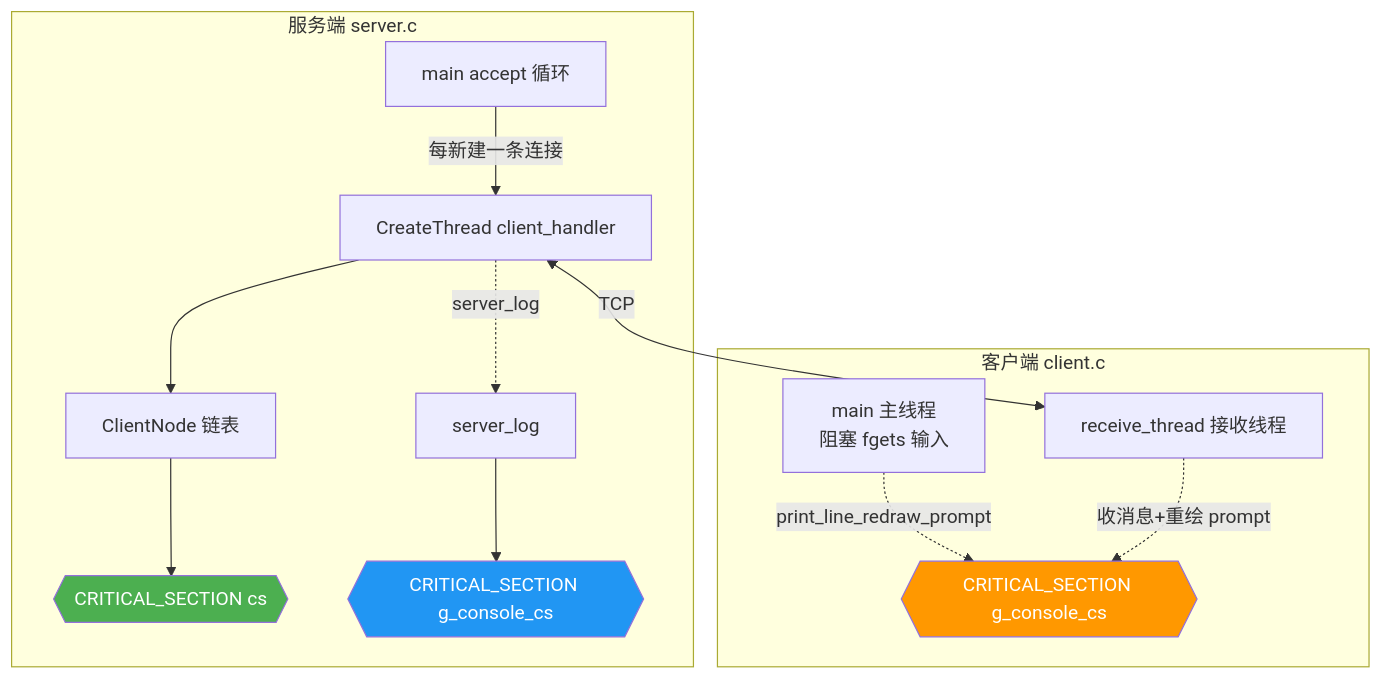
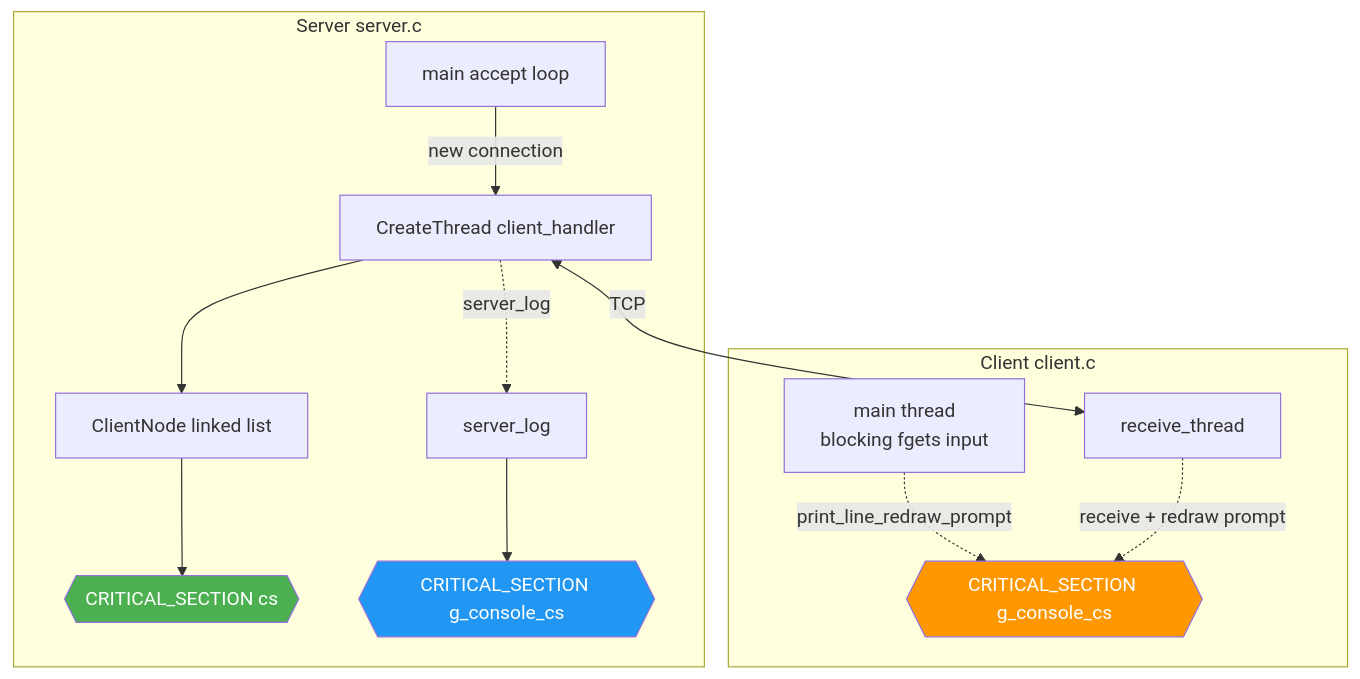
One commit to anjuxi/simple_chat_room changed the first of 3 diagrams in README.md. Above: the diagram before and after it, drawn with Mermaid. The commit also changed other lines of this file, not shown here.

````diff
--- a/README.md
+++ b/README.md
@@ -31,20 +33,20 @@
 ```mermaid
 flowchart TB
-    subgraph 服务端 server.c
-        A[main accept 循环] -->|每新建一条连接| B[CreateThread client_handler]
-        B --> C[ClientNode 链表]
+    subgraph Server server.c
+        A[main accept loop] -->|new connection| B[CreateThread client_handler]
+        B --> C[ClientNode linked list]
         C --> D{{CRITICAL_SECTION cs}}
         E[server_log] --> F{{CRITICAL_SECTION g_console_cs}}
         B -.->|server_log| E
     end
-    subgraph 客户端 client.c
-        G[main 主线程<br/>阻塞 fgets 输入]
-        H[receive_thread 接收线程]
+    subgraph Client client.c
+        G[main thread<br/>blocking fgets input]
+        H[receive_thread]
         G -.->|print_line_redraw_prompt| I{{CRITICAL_SECTION g_console_cs}}
-        H -.->|收消息+重绘 prompt| I
+        H -.->|receive + redraw prompt| I
     end
     B <-->|TCP| H
     style D fill:#4CAF50,color:#fff
     style F fill:#2196F3,color:#fff
     style I fill:#FF9800,color:#fff
 ```
````
